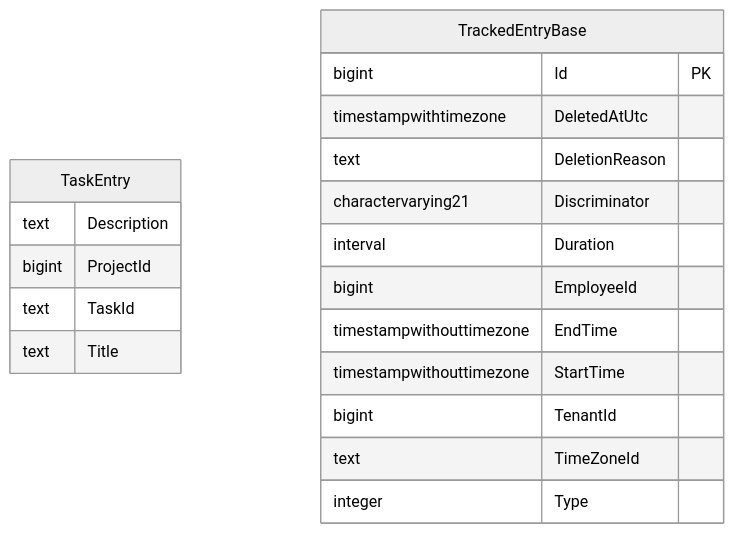
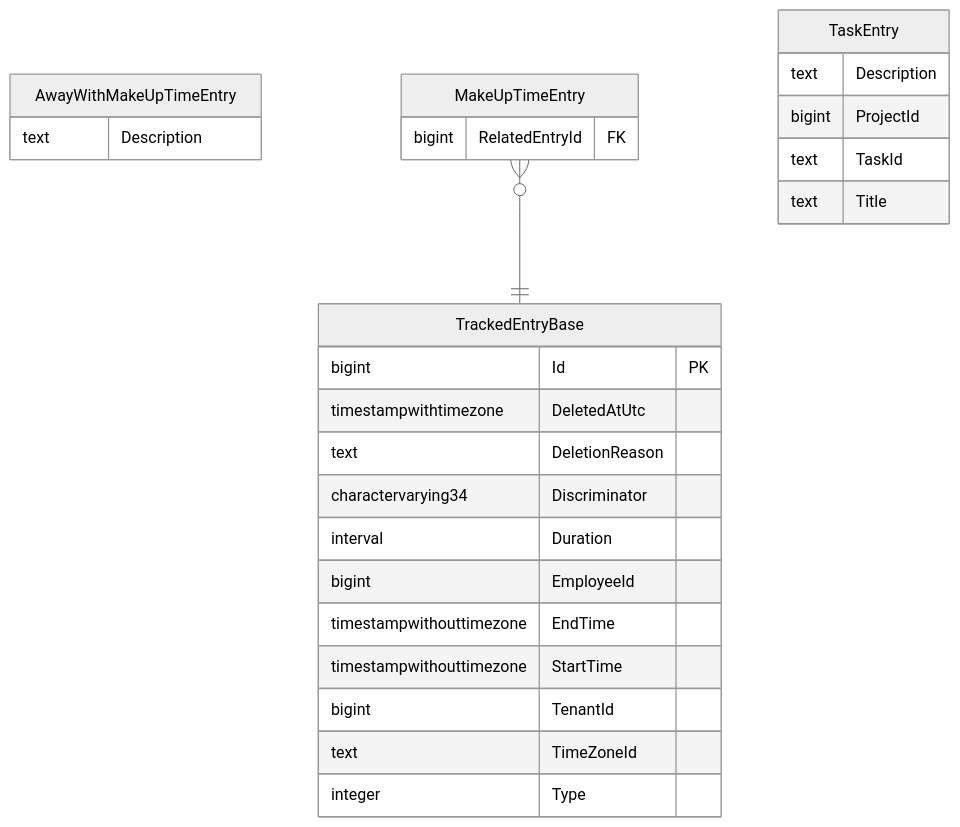
One commit to TourmalineCore/inner-circle-time-api changed the diagram in README.md. Above: the diagram before and after it, drawn with Mermaid.

Commit message:
docs(readme): Update Mermaid DB Schema Diagram in README.md (siren-gen)

````diff
--- a/README.md
+++ b/README.md
@@ -107,23 +107,30 @@
 ```mermaid
 	erDiagram
 	%%{init: {'theme':'neutral'}}%%
+	AwayWithMakeUpTimeEntry {
+		text Description 
+	}
+	MakeUpTimeEntry {
+		bigint RelatedEntryId FK
+	}
 	TaskEntry {
 		text Description 
 		bigint ProjectId 
 		text TaskId 
 		text Title 
 	}
 	TrackedEntryBase {
 		bigint Id PK
 		timestampwithtimezone DeletedAtUtc 
 		text DeletionReason 
-		charactervarying21 Discriminator 
+		charactervarying34 Discriminator 
 		interval Duration 
 		bigint EmployeeId 
 		timestampwithouttimezone EndTime 
 		timestampwithouttimezone StartTime 
 		bigint TenantId 
 		text TimeZoneId 
 		integer Type 
 	}
+MakeUpTimeEntry}o--||TrackedEntryBase : ""
 ```
````
